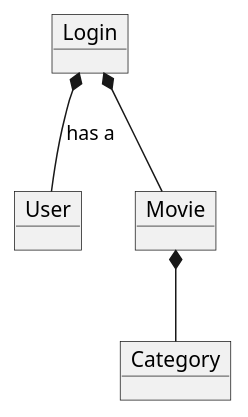
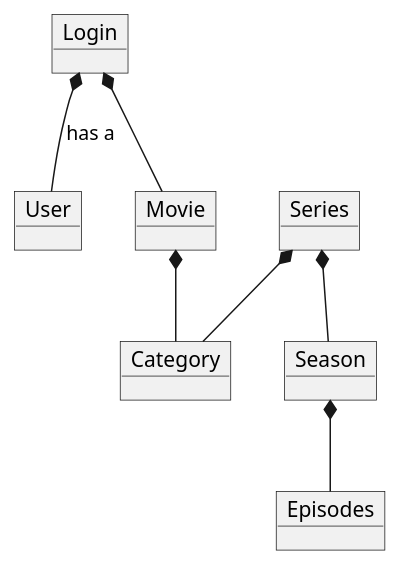
Before and after one commit to Bubberslem/Sp3MadsDMarcusR: the diagram in doc/domainModel.puml, drawn with PlantUML. The commit also changed 1 other file, not shown here.

```diff
--- a/doc/domainModel.puml
+++ b/doc/domainModel.puml
@@ -1,10 +1,17 @@
 @startuml
 object Login
 object User
 object Movie
 object Category
+object Series
+object Episodes
+object Season
+
 
 Login *-- User : has a
 Movie *-- Category
 Login *-- Movie
+Series *-- Season
+Season *-- Episodes
+Series *-- Category
 @enduml
```
